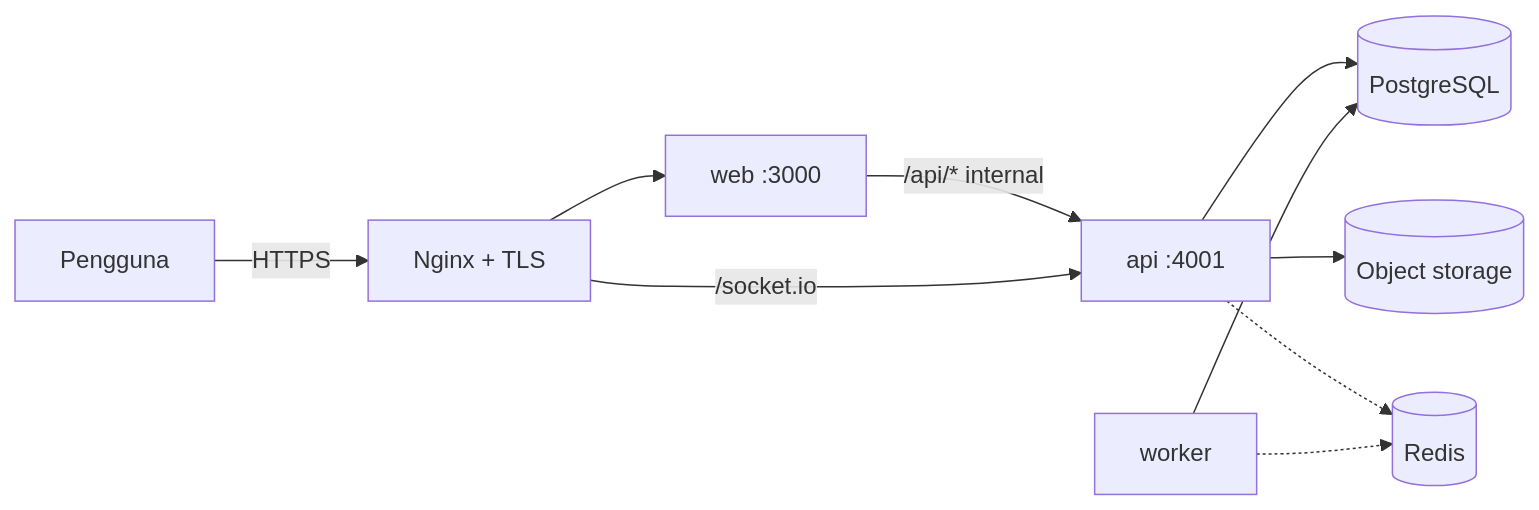
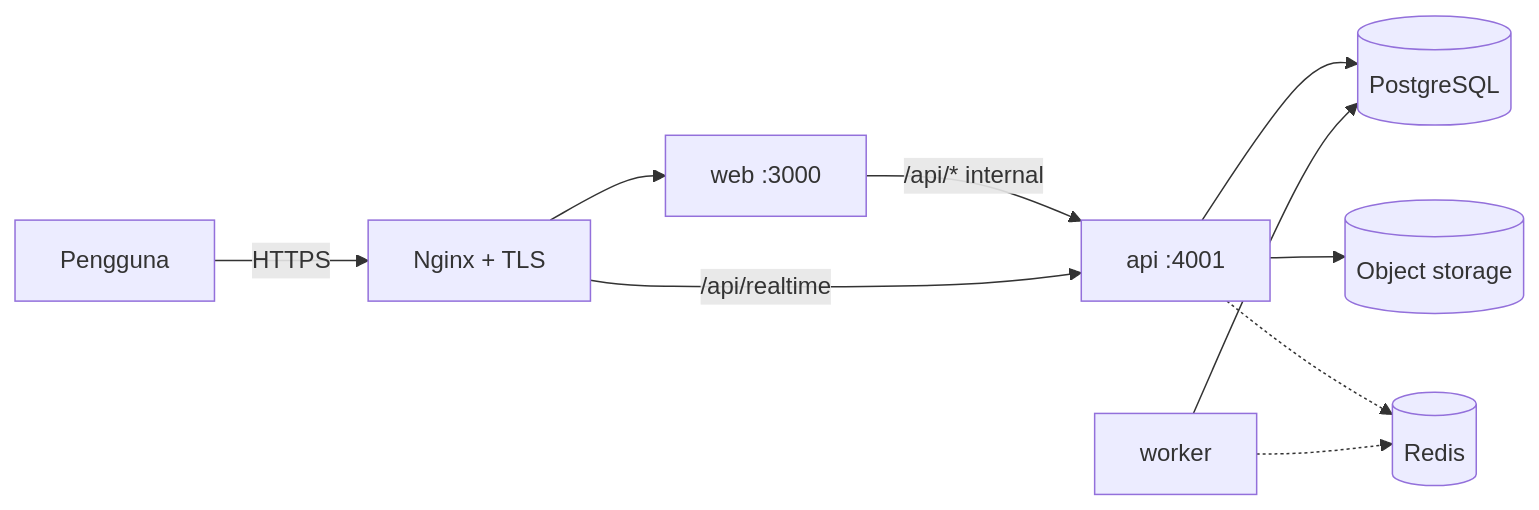
The first of 2 diagrams in docs/foundation/deploy.md (andirifqialnurr/merchant-operations-platform), drawn with Mermaid before and after one commit. The commit also changed other lines of this file and 28 other files, not shown here.

````diff
--- a/docs/foundation/deploy.md
+++ b/docs/foundation/deploy.md
@@ -129,12 +129,12 @@
 ```mermaid
 flowchart LR
     U[Pengguna] -->|HTTPS| RP[Nginx + TLS]
     RP --> WEB[web :3000]
     WEB -->|/api/* internal| API[api :4001]
-    RP -->|/socket.io| API
+    RP -->|/api/realtime| API
     API --> PG[(PostgreSQL)]
     WK[worker] --> PG
     API --> S3[(Object storage)]
     API -.-> RD[(Redis)]
     WK -.-> RD
 ```
````
